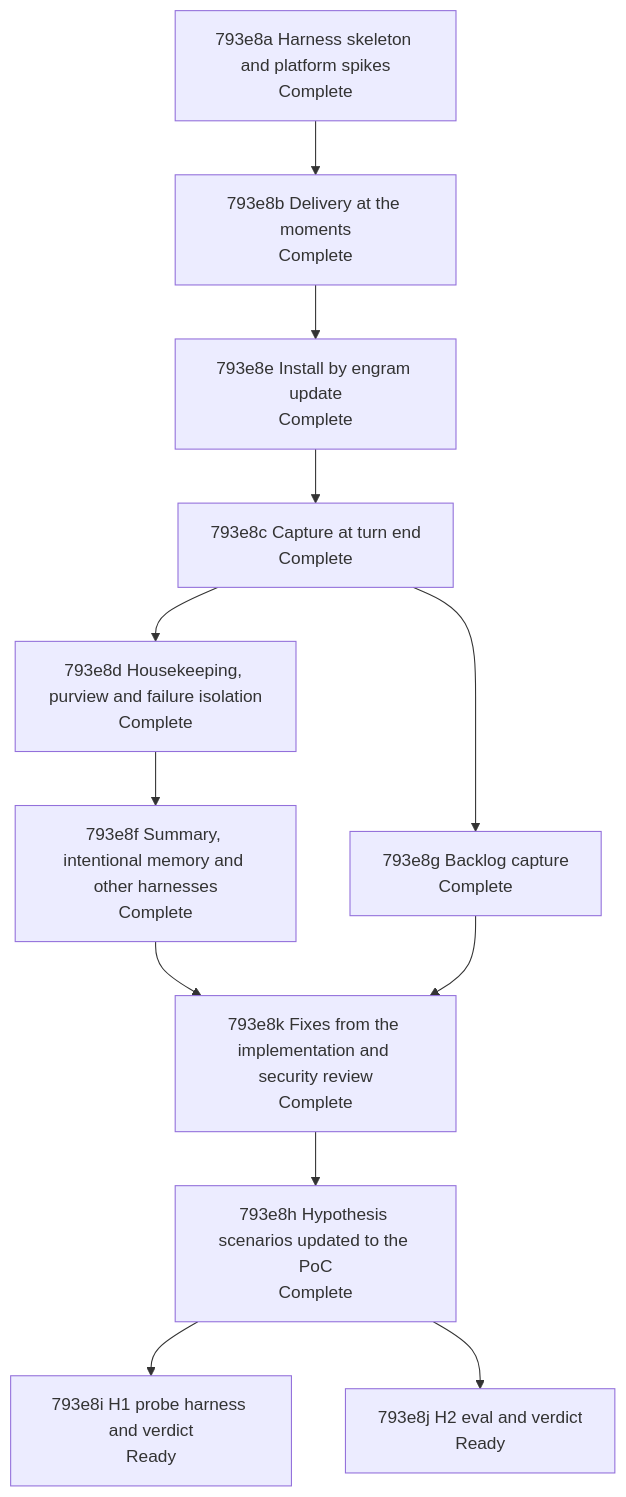
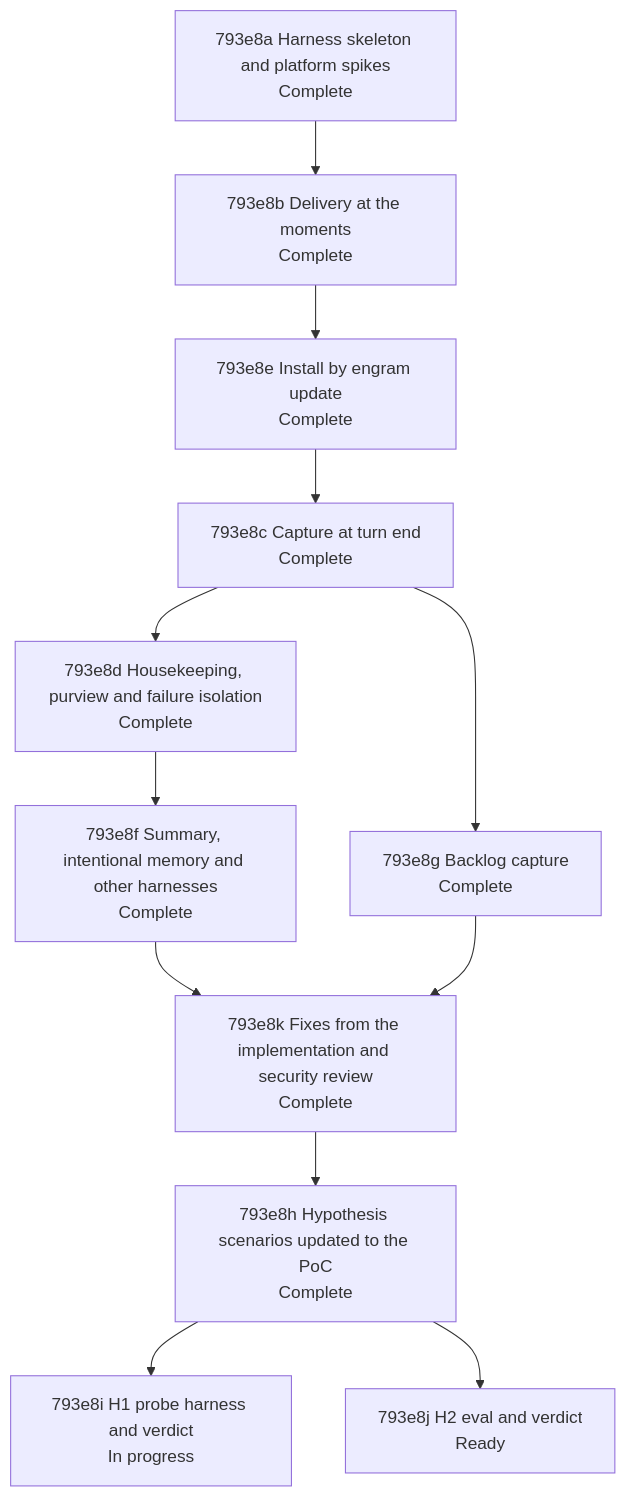
Before and after one commit to toejough/engram: the diagram in docs/changes/793_parallel-memory-agent/793e_implementation-plan.md, drawn with Mermaid.

Commit message:
docs(793e8i): node 793e8i in progress
AI-Used: [claude]

````diff
--- a/docs/changes/793_parallel-memory-agent/793e_implementation-plan.md
+++ b/docs/changes/793_parallel-memory-agent/793e_implementation-plan.md
@@ -217,23 +217,23 @@
 ```mermaid
 flowchart TD
   n793e8a["793e8a Harness skeleton and platform spikes<br/>Complete"]
   n793e8b["793e8b Delivery at the moments<br/>Complete"]
   n793e8e["793e8e Install by engram update<br/>Complete"]
   n793e8c["793e8c Capture at turn end<br/>Complete"]
   n793e8d["793e8d Housekeeping, purview and failure isolation<br/>Complete"]
   n793e8g["793e8g Backlog capture<br/>Complete"]
   n793e8f["793e8f Summary, intentional memory and other harnesses<br/>Complete"]
   n793e8k["793e8k Fixes from the implementation and security review<br/>Complete"]
   n793e8h["793e8h Hypothesis scenarios updated to the PoC<br/>Complete"]
-  n793e8i["793e8i H1 probe harness and verdict<br/>Ready"]
+  n793e8i["793e8i H1 probe harness and verdict<br/>In progress"]
   n793e8j["793e8j H2 eval and verdict<br/>Ready"]
   n793e8a --> n793e8b --> n793e8e --> n793e8c
   n793e8c --> n793e8d
   n793e8c --> n793e8g
   n793e8d --> n793e8f
   n793e8f --> n793e8k
   n793e8g --> n793e8k
   n793e8k --> n793e8h
   n793e8h --> n793e8i
   n793e8h --> n793e8j
 ```
````
